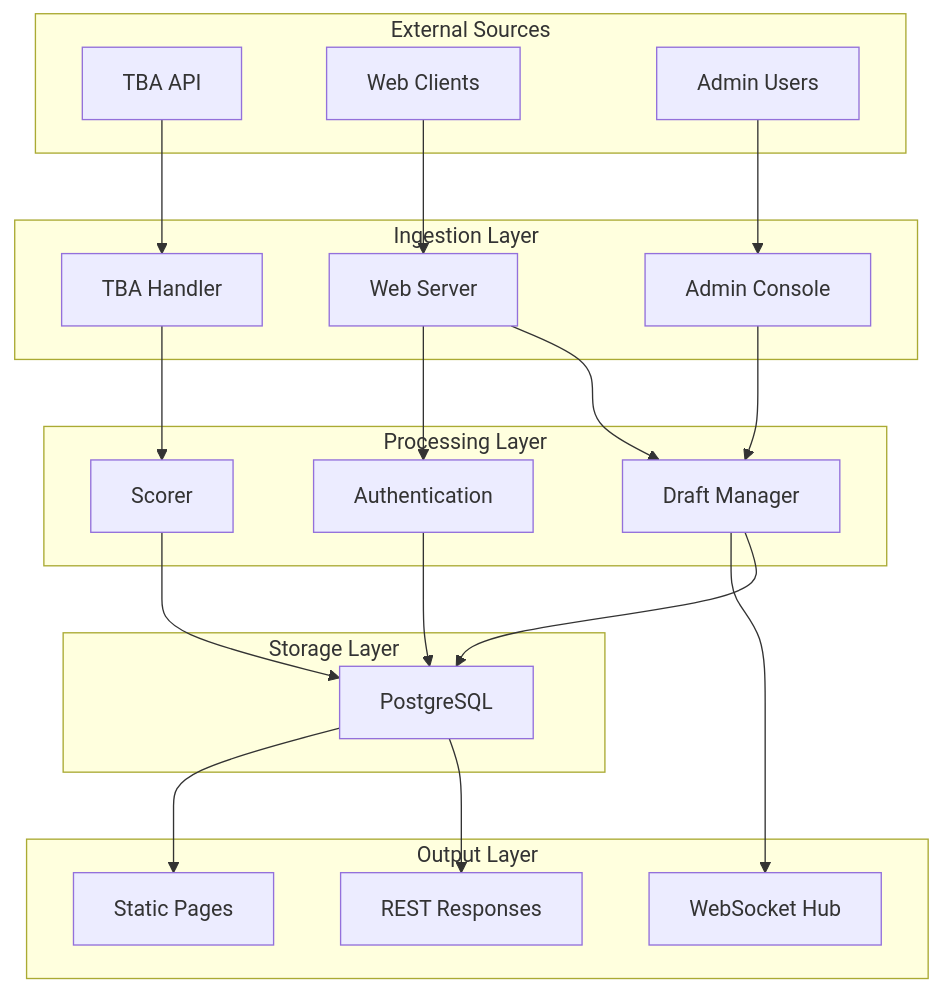
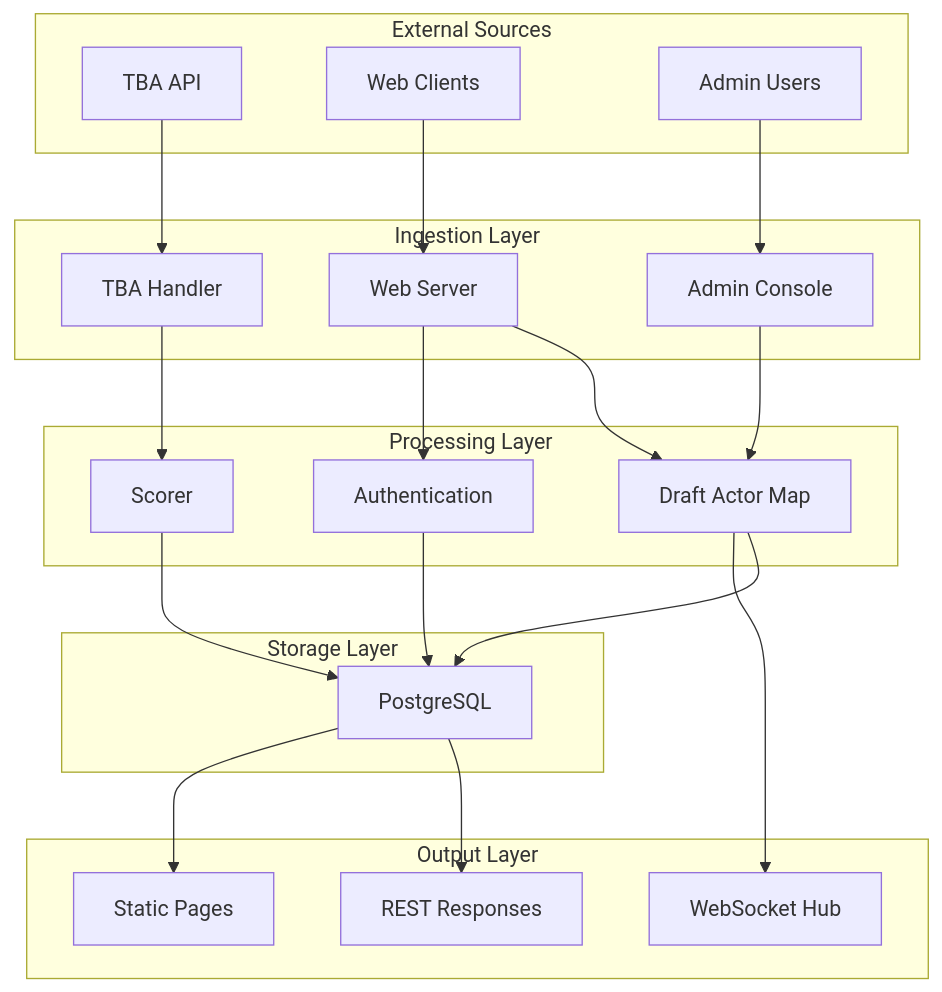
One commit to squirlemaster42/fantasy-frc-web changed the first of 5 diagrams in docs/architecture/data-flow.md. Above: the diagram before and after it, drawn with Mermaid. The commit also changed other lines of this file and 28 other files, not shown here.

````diff
--- a/docs/architecture/data-flow.md
+++ b/docs/architecture/data-flow.md
@@ -7,44 +7,44 @@
 ```mermaid
 graph TD
     subgraph "External Sources"
         A[TBA API]
         B[Web Clients]
         C[Admin Users]
     end
     
     subgraph "Ingestion Layer"
         D[TBA Handler]
         E[Web Server]
         F[Admin Console]
     end
     
     subgraph "Processing Layer"
         G[Scorer]
-        H[Draft Manager]
+        H[Draft Actor Map]
         I[Authentication]
     end
     
     subgraph "Storage Layer"
         J[PostgreSQL]
     end
     
     subgraph "Output Layer"
         L[WebSocket Hub]
         M[REST Responses]
         N[Static Pages]
     end
     
     A --> D
     B --> E
     C --> F
     D --> G
     E --> H
     E --> I
     F --> H
     G --> J
     H --> J
     I --> J
     H --> L
     J --> M
     J --> N
 ```
````
